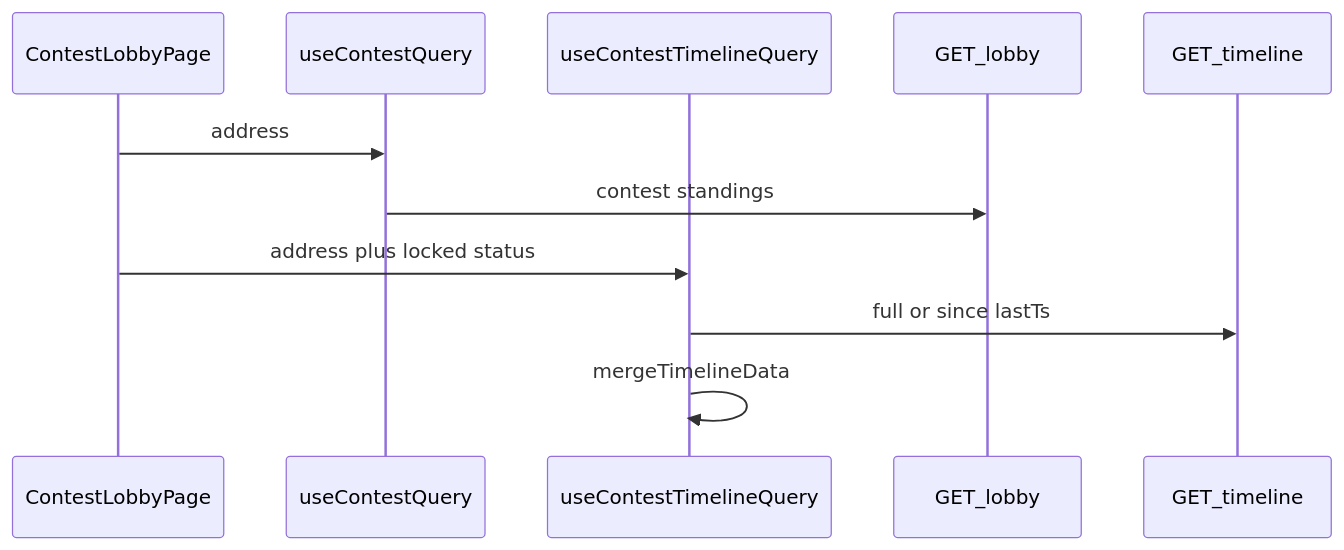
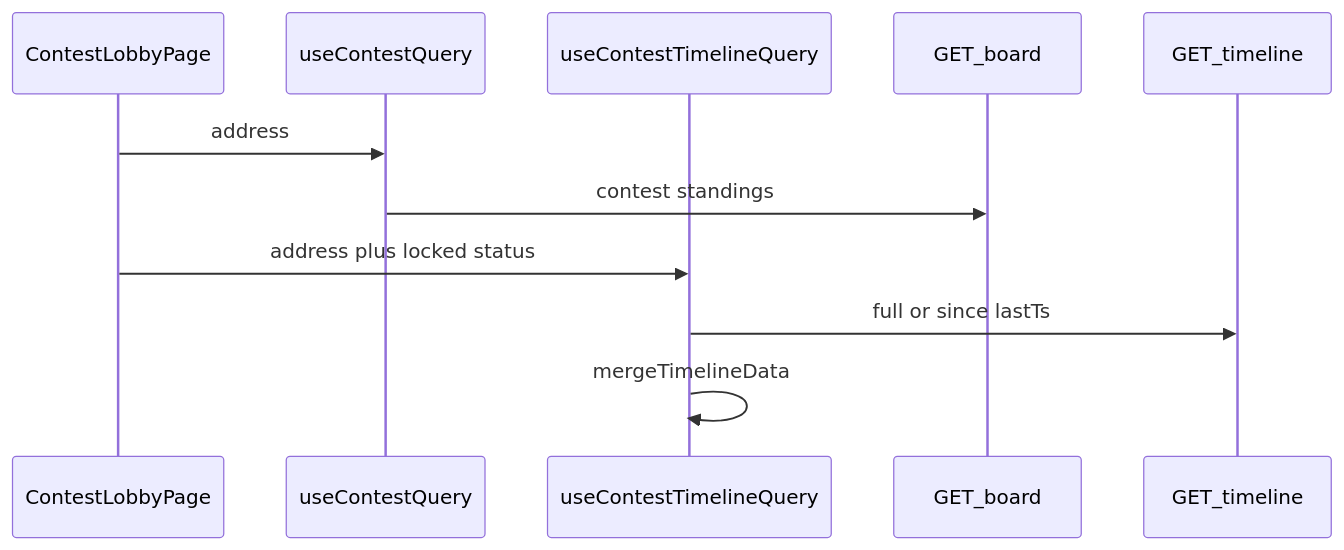
Before and after one commit to MagRelo/cut: the third of 5 diagrams in spec/client/data-flow.md, drawn with Mermaid. The commit also changed other lines of this file and 42 other files, not shown here.

First line of the commit message:
feat: update contest handling and enhance API documentation

````diff
--- a/spec/client/data-flow.md
+++ b/spec/client/data-flow.md
@@ -103,14 +105,14 @@
 ```mermaid
 sequenceDiagram
   participant Page as ContestLobbyPage
   participant ContestQ as useContestQuery
   participant TimelineQ as useContestTimelineQuery
-  participant LobbyAPI as GET_lobby
+  participant BoardAPI as GET_board
   participant TimelineAPI as GET_timeline
 
   Page->>ContestQ: address
-  ContestQ->>LobbyAPI: contest standings
+  ContestQ->>BoardAPI: contest standings
   Page->>TimelineQ: address plus locked status
   TimelineQ->>TimelineAPI: full or since lastTs
   TimelineQ->>TimelineQ: mergeTimelineData
 ```
````
